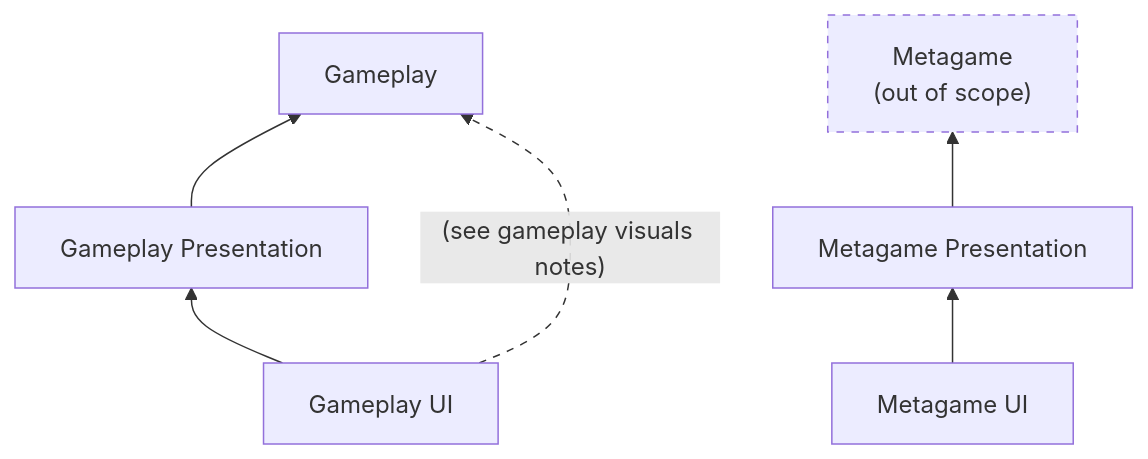
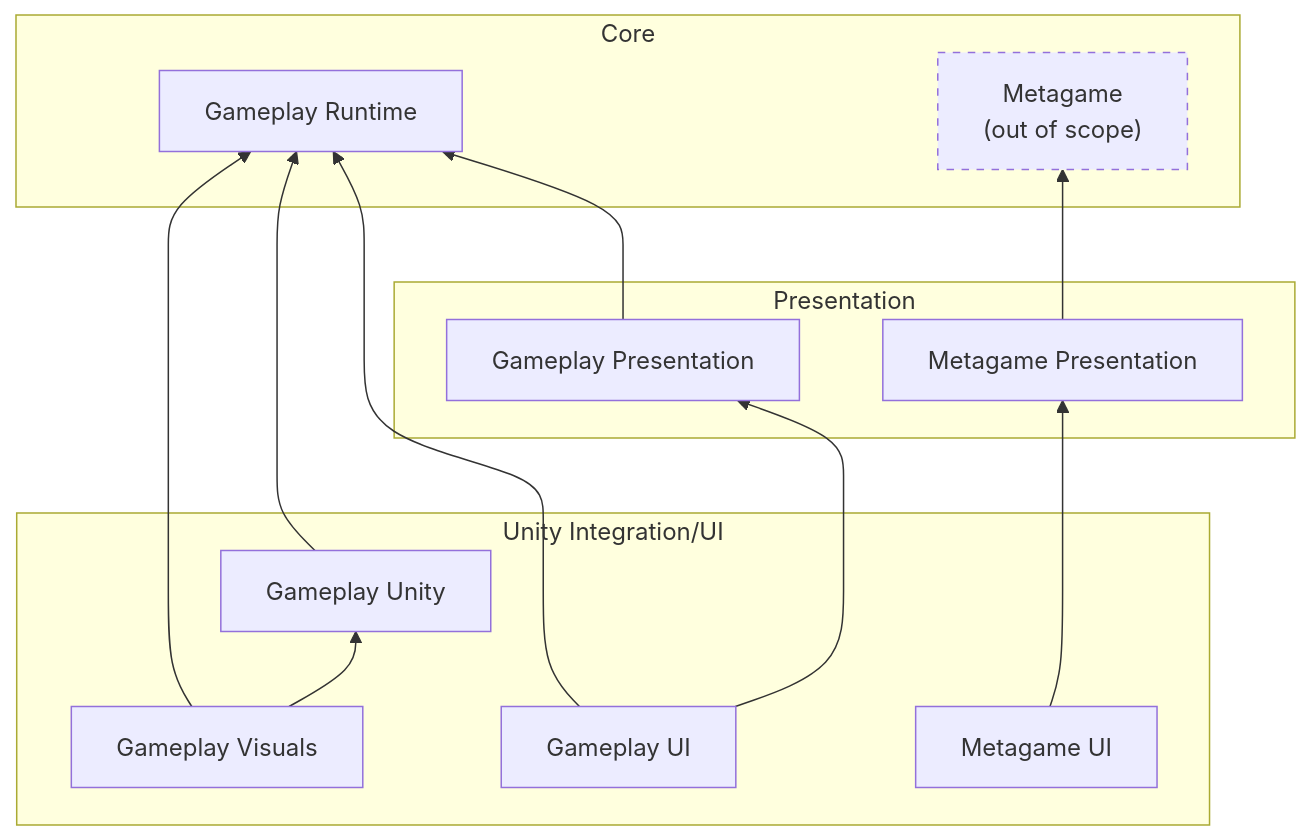
The diagram in README.md (felippeduran/asteroids), drawn with Mermaid before and after one commit. The commit also changed other lines of this file and 96 other files, not shown here.

Commit message:
Move Unity assembly folders to be inside Runtime and update README.md

````diff
--- a/README.md
+++ b/README.md
@@ -65,12 +81,44 @@
 ```mermaid
-graph BT
-    B[Gameplay Presentation] --> A[Gameplay]
-    C[Gameplay UI] --> B[Gameplay Presentation]
-    C[Gameplay UI] -->|"(see gameplay visuals notes)"| A[Gameplay]
+flowchart BT
+    subgraph Core[Core]
+        GameplayRuntime[Gameplay Runtime]
+        
+        Metagame["Metagame<br>(out of scope)</br>"]
+        style Metagame stroke-dasharray: 5 5
+    end
 
-    E[Metagame Presentation] --> D["Metagame<br>(out of scope)</br>"]
-    F[Metagame UI] --> E[Metagame Presentation]
-    
-    style D stroke-dasharray: 5 5
-    linkStyle 2 stroke-dasharray: 5 5
+    subgraph Presentation[Presentation]
+        GameplayPresentation[Gameplay Presentation]
+        MetaPresentation[Metagame Presentation]
+    end
+
+    subgraph UnityIntegration[Unity Integration/UI]
+        I1:::hidden
+        I2:::hidden
+        I3:::hidden
+
+        GameplayUnity[Gameplay Unity]
+        GameplayVisuals[Gameplay Visuals]
+        GameplayUI[Gameplay UI]
+        MetaUI[Metagame UI]
+
+        GameplayVisuals --> GameplayRuntime
+        GameplayVisuals --> GameplayUnity
+        GameplayUI --> GameplayRuntime
+        MetaUI ~~~ I2
+        GameplayUI ~~~ I3
+        I3 ~~~ GameplayPresentation
+    end
+
+    GameplayPresentation --> GameplayRuntime
+    GameplayUI --> GameplayPresentation
+
+    GameplayUnity --> GameplayRuntime
+
+    MetaPresentation --> Metagame
+    MetaUI --> MetaPresentation
+
+    GameplayUnity ~~~ Presentation
+
+    classDef hidden display: none;
 ```
````
